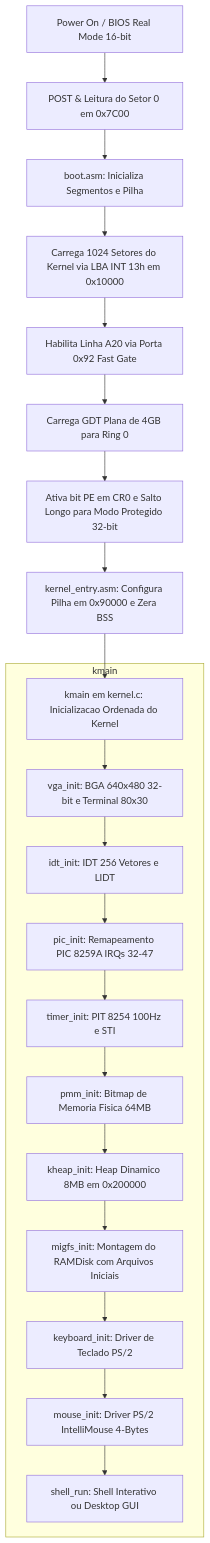
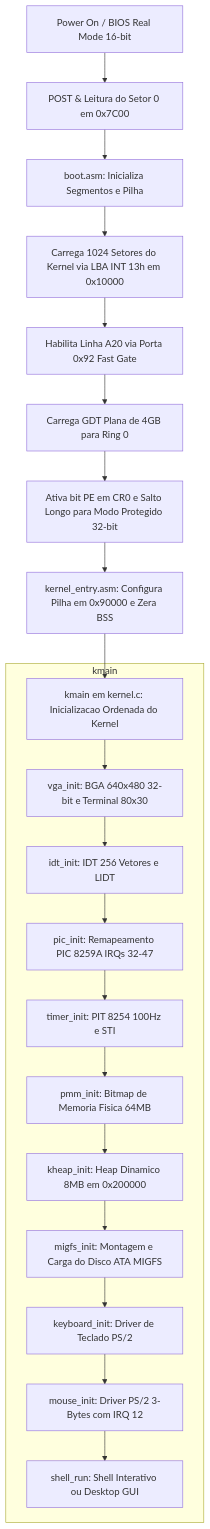
Before and after one commit to miguelGoncalvss/MigSO: the fourth of 8 diagrams in README.md, drawn with Mermaid. The commit also changed other lines of this file and 8 other files, not shown here.

````diff
--- a/README.md
+++ b/README.md
@@ -480,24 +667,24 @@
 ```mermaid
 flowchart TD
     A[Power On / BIOS Real Mode 16-bit] --> B[POST & Leitura do Setor 0 em 0x7C00]
     B --> C[boot.asm: Inicializa Segmentos e Pilha]
     C --> D[Carrega 1024 Setores do Kernel via LBA INT 13h em 0x10000]
     D --> E[Habilita Linha A20 via Porta 0x92 Fast Gate]
     E --> F[Carrega GDT Plana de 4GB para Ring 0]
     F --> G[Ativa bit PE em CR0 e Salto Longo para Modo Protegido 32-bit]
     G --> H[kernel_entry.asm: Configura Pilha em 0x90000 e Zera BSS]
     H --> I[kmain em kernel.c: Inicializacao Ordenada do Kernel]
     
     subgraph Inicializacao do Kernel [kmain]
         I --> J1[vga_init: BGA 640x480 32-bit e Terminal 80x30]
         J1 --> J2[idt_init: IDT 256 Vetores e LIDT]
         J2 --> J3[pic_init: Remapeamento PIC 8259A IRQs 32-47]
         J3 --> J4[timer_init: PIT 8254 100Hz e STI]
         J4 --> J5[pmm_init: Bitmap de Memoria Fisica 64MB]
         J5 --> J6[kheap_init: Heap Dinamico 8MB em 0x200000]
-        J6 --> J7[migfs_init: Montagem do RAMDisk com Arquivos Iniciais]
+        J6 --> J7[migfs_init: Montagem e Carga do Disco ATA MIGFS]
         J7 --> J8[keyboard_init: Driver de Teclado PS/2]
-        J8 --> J9[mouse_init: Driver PS/2 IntelliMouse 4-Bytes]
+        J8 --> J9[mouse_init: Driver PS/2 3-Bytes com IRQ 12]
         J9 --> J10[shell_run: Shell Interativo ou Desktop GUI]
     end
 ```
````
